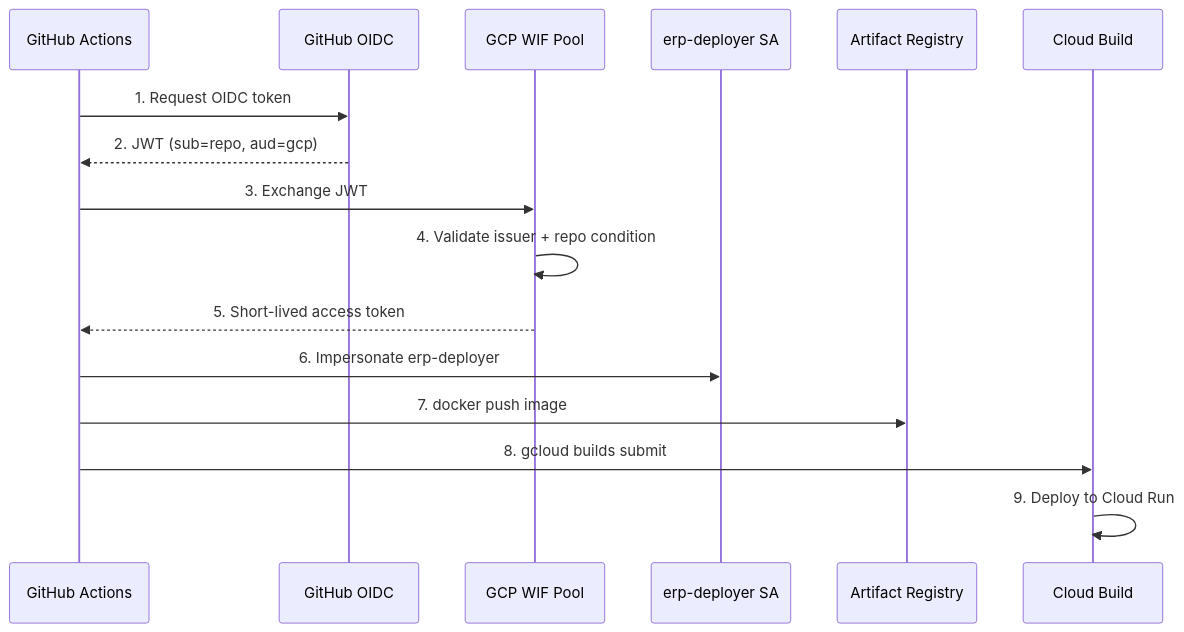
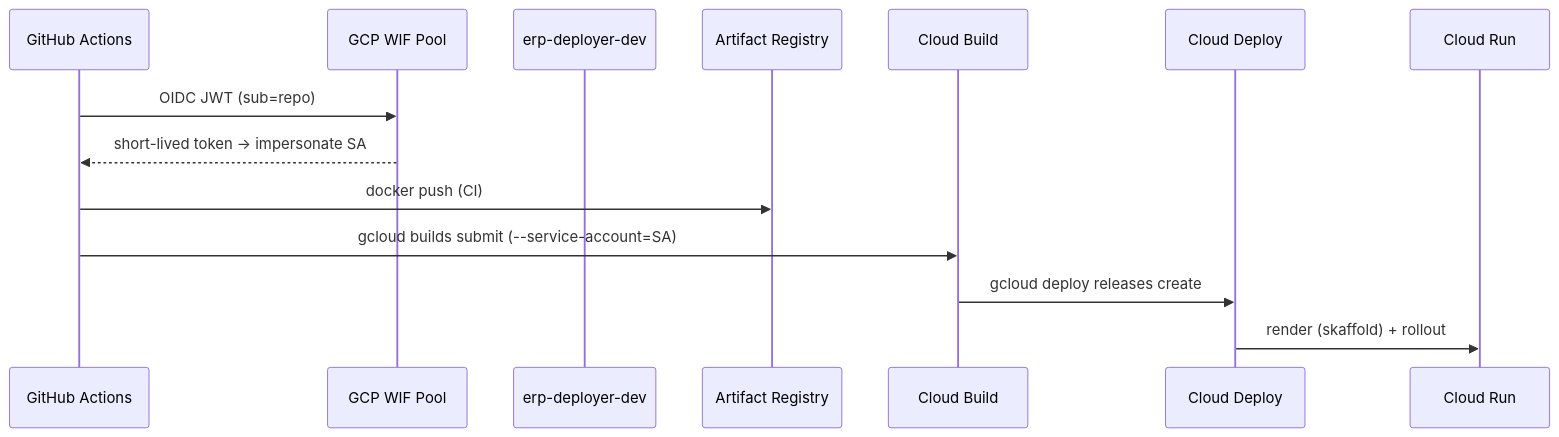
The second of 2 diagrams in docs/architecture/cicd-pipeline.md (ndmthuan97/ERP-Prototype-Example), drawn with Mermaid before and after one commit. The commit also changed other lines of this file and 30 other files, not shown here.

````diff
--- a/docs/architecture/cicd-pipeline.md
+++ b/docs/architecture/cicd-pipeline.md
@@ -289,19 +160,17 @@
 ```mermaid
 sequenceDiagram
     participant GH as GitHub Actions
-    participant OIDC as GitHub OIDC
     participant WIF as GCP WIF Pool
-    participant SA as erp-deployer SA
+    participant SA as erp-deployer-dev
     participant AR as Artifact Registry
     participant CB as Cloud Build
+    participant CD as Cloud Deploy
+    participant CR as Cloud Run
 
-    GH->>OIDC: 1. Request OIDC token
-    OIDC-->>GH: 2. JWT (sub=repo, aud=gcp)
-    GH->>WIF: 3. Exchange JWT
-    WIF->>WIF: 4. Validate issuer + repo condition
-    WIF-->>GH: 5. Short-lived access token
-    GH->>SA: 6. Impersonate erp-deployer
-    GH->>AR: 7. docker push image
-    GH->>CB: 8. gcloud builds submit
-    CB->>CB: 9. Deploy to Cloud Run
+    GH->>WIF: OIDC JWT (sub=repo)
+    WIF-->>GH: short-lived token → impersonate SA
+    GH->>AR: docker push (CI)
+    GH->>CB: gcloud builds submit (--service-account=SA)
+    CB->>CD: gcloud deploy releases create
+    CD->>CR: render (skaffold) + rollout
 ```
````
